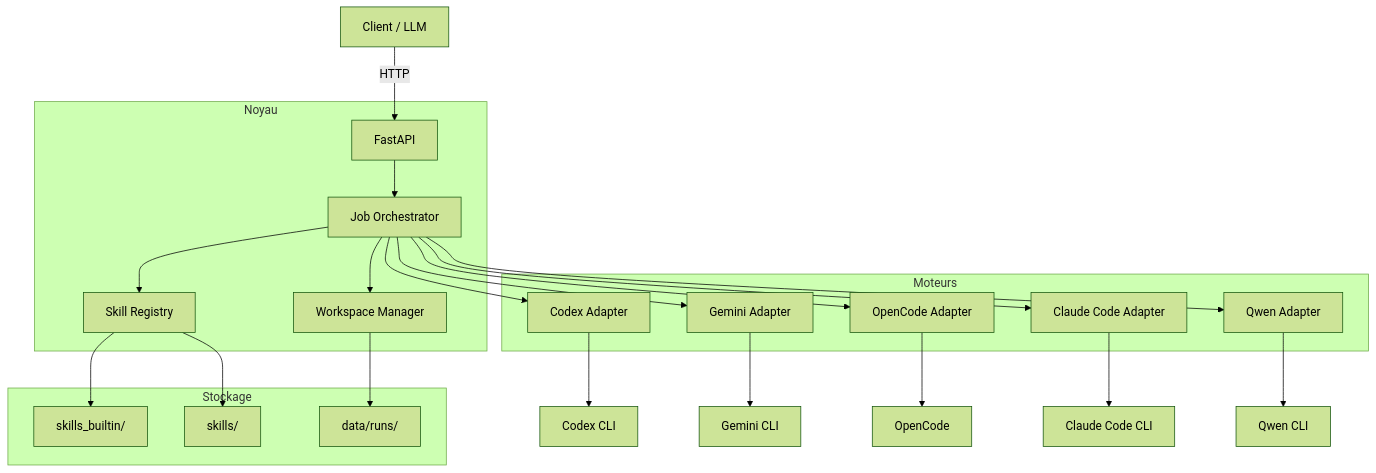
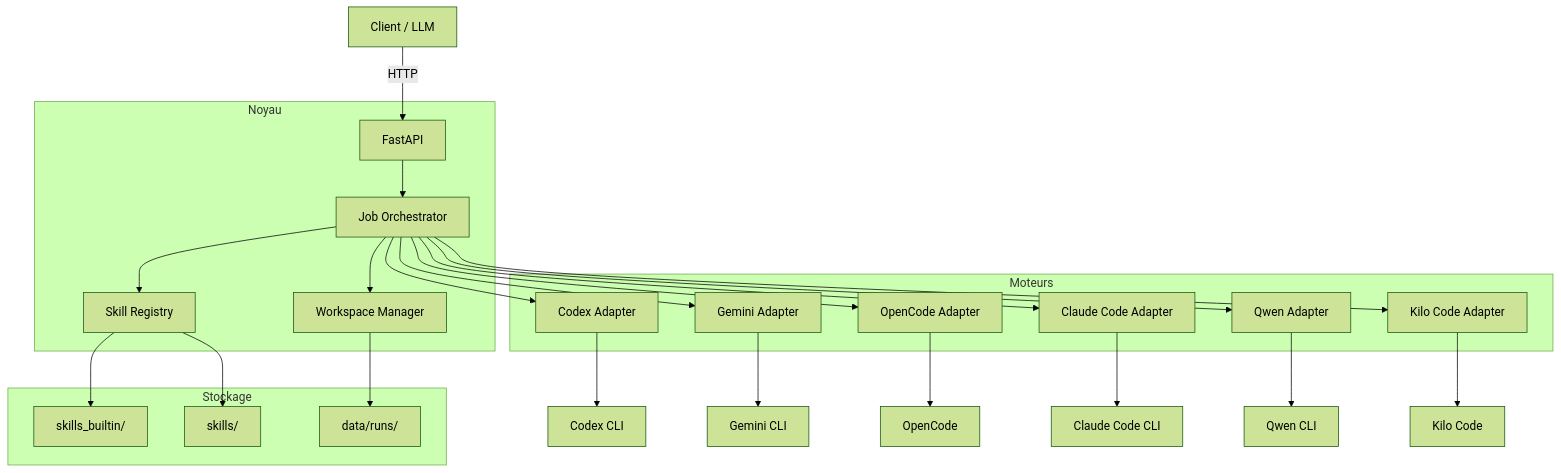
The diagram in README_FR.md (leike0813/Skill-Runner), drawn with Mermaid (forest theme) before and after one commit. The commit also changed other lines of this file and 3 other files, not shown here.

````diff
--- a/README_FR.md
+++ b/README_FR.md
@@ -269,30 +269,32 @@
 ```mermaid
 graph TD
     Client[Client / LLM] -->|HTTP| API[FastAPI]
     
     subgraph Noyau
         API --> Orchestrator[Job Orchestrator]
         Orchestrator --> Registry[Skill Registry]
         Orchestrator --> Workspace[Workspace Manager]
     end
 
     subgraph Moteurs
         Orchestrator --> Codex[Codex Adapter]
         Orchestrator --> Gemini[Gemini Adapter]
         Orchestrator --> OpenCode[OpenCode Adapter]
         Orchestrator --> ClaudeCode[Claude Code Adapter]
         Orchestrator --> Qwen[Qwen Adapter]
+        Orchestrator --> KiloCode[Kilo Code Adapter]
     end
 
     subgraph Stockage
         Registry --> BuiltinSkills[skills_builtin/]
         Registry --> UserSkills[skills/]
         Workspace --> Runs[data/runs/]
     end
 
     Codex --> CodexCLI[Codex CLI]
     Gemini --> GeminiCLI[Gemini CLI]
     OpenCode --> OpenCodeCLI[OpenCode]
     ClaudeCode --> ClaudeCodeCLI[Claude Code CLI]
     Qwen --> QwenCLI[Qwen CLI]
+    KiloCode --> KiloCodeCLI[Kilo Code]
 ```
````
